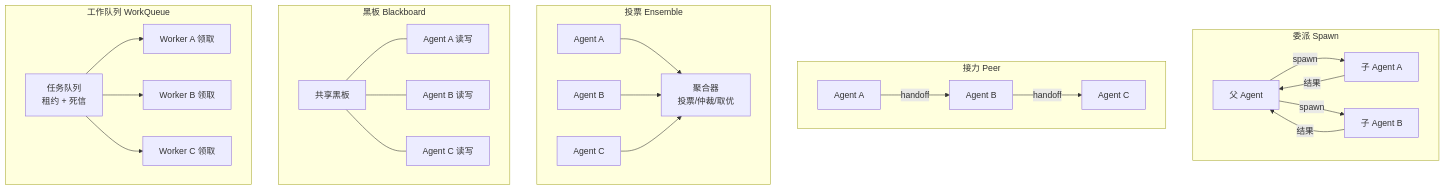
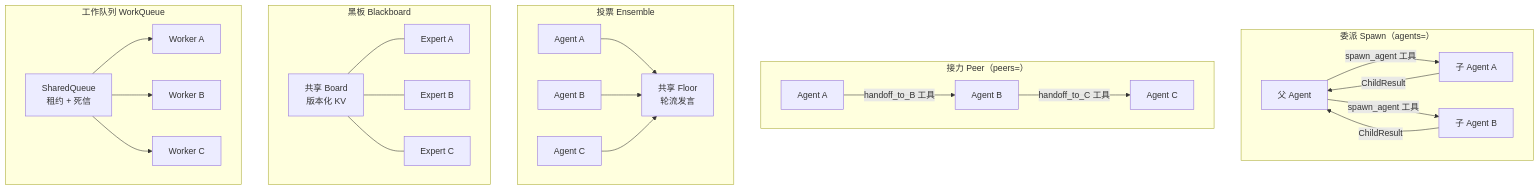
One commit to limenagent/prodagent changed the second of 5 diagrams in docs/tour/07-multiagent.md. Above: the diagram before and after it, drawn with Mermaid. The commit also changed other lines of this file and 28 other files, not shown here.

````diff
--- a/docs/tour/07-multiagent.md
+++ b/docs/tour/07-multiagent.md
@@ -36,32 +39,28 @@
 ```mermaid
 graph TB
-    subgraph "委派 Spawn"
-        P1["父 Agent"] -->|spawn| C1["子 Agent A"]
-        P1 -->|spawn| C2["子 Agent B"]
-        C1 -->|结果| P1
-        C2 -->|结果| P1
+    subgraph "委派 Spawn（agents=）"
+        P1["父 Agent"] -->|spawn_agent 工具| C1["子 Agent A"]
+        P1 -->|spawn_agent 工具| C2["子 Agent B"]
+        C1 -->|ChildResult| P1
+        C2 -->|ChildResult| P1
     end
-
-    subgraph "接力 Peer"
-        A1["Agent A"] -->|handoff| A2["Agent B"]
-        A2 -->|handoff| A3["Agent C"]
+    subgraph "接力 Peer（peers=）"
+        A1["Agent A"] -->|handoff_to_B 工具| A2["Agent B"]
+        A2 -->|handoff_to_C 工具| A3["Agent C"]
     end
-
     subgraph "投票 Ensemble"
-        E1["Agent A"] --> V["聚合器<br/>投票/仲裁/取优"]
-        E2["Agent B"] --> V
-        E3["Agent C"] --> V
+        E1["Agent A"] --> FLOOR["共享 Floor<br/>轮流发言"]
+        E2["Agent B"] --> FLOOR
+        E3["Agent C"] --> FLOOR
     end
-
     subgraph "黑板 Blackboard"
-        BB["共享黑板"] --- BA1["Agent A 读写"]
-        BB --- BA2["Agent B 读写"]
-        BB --- BA3["Agent C 读写"]
+        BB["共享 Board<br/>版本化 KV"] --- BA1["Expert A"]
+        BB --- BA2["Expert B"]
+        BB --- BA3["Expert C"]
     end
-
     subgraph "工作队列 WorkQueue"
-        WQ["任务队列<br/>租约 + 死信"] --> WA1["Worker A 领取"]
-        WQ --> WA2["Worker B 领取"]
-        WQ --> WA3["Worker C 领取"]
+        WQ["SharedQueue<br/>租约 + 死信"] --> WA1["Worker A"]
+        WQ --> WA2["Worker B"]
+        WQ --> WA3["Worker C"]
     end
 ```
````
